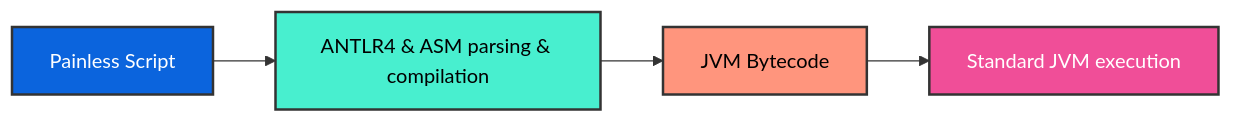
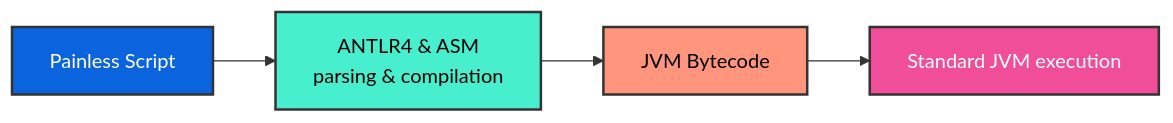
One commit to elastic/elasticsearch changed the first of 2 diagrams in docs/reference/scripting-languages/painless/painless-language-specification.md. Above: the diagram before and after it, drawn with Mermaid.

Commit message:
test line break

````diff
--- a/docs/reference/scripting-languages/painless/painless-language-specification.md
+++ b/docs/reference/scripting-languages/painless/painless-language-specification.md
@@ -36,16 +36,16 @@
 ```mermaid
 flowchart LR
-    A[Painless Script] --> B[ANTLR4 & ASM parsing & compilation]
+    A[Painless Script] --> B[ANTLR4 & ASM<br/>parsing & compilation]
     B --> C[JVM Bytecode] 
     C --> D[Standard JVM execution]
     
     classDef elasticBlue fill:#0B64DD,stroke:#333,stroke-width:2px,color:#fff
     classDef lightTeal fill:#48EFCF,stroke:#333,stroke-width:2px,color:#000
     classDef lightPoppy fill:#FF957D,stroke:#333,stroke-width:2px,color:#000
     classDef pink fill:#F04E98,stroke:#333,stroke-width:2px,color:#fff
     
     class A elasticBlue
     class B lightTeal
     class C lightPoppy
     class D pink
 ```
````
